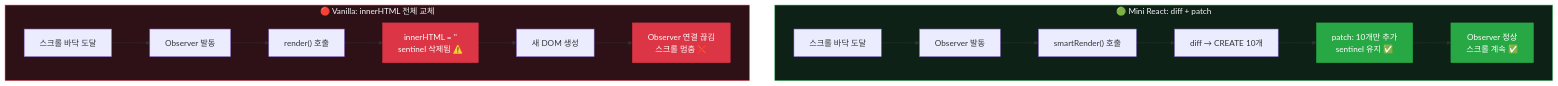
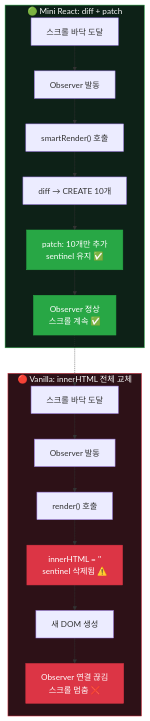
One commit to JYPark-Code/jungle_w4_react_vdom_diff changed the fifth of 5 diagrams in README.md. Above: the diagram before and after it, drawn with Mermaid. The commit also changed other lines of this file, not shown here.

````diff
--- a/README.md
+++ b/README.md
@@ -191,25 +191,27 @@
 ```mermaid
 graph TD
     subgraph VDOM["🟢 Mini React: diff + patch"]
         M1["스크롤 바닥 도달"] --> M2["Observer 발동"]
         M2 --> M3["smartRender() 호출"]
         M3 --> M4["diff → CREATE 10개"]
         M4 --> M5["patch: 10개만 추가<br/>sentinel 유지 ✅"]
         M5 --> M6["Observer 정상<br/>스크롤 계속 ✅"]
     end
+
+    M6 -.-> V1
 
     subgraph VANILLA["🔴 Vanilla: innerHTML 전체 교체"]
         V1["스크롤 바닥 도달"] --> V2["Observer 발동"]
         V2 --> V3["render() 호출"]
         V3 --> V4["innerHTML = ''<br/>sentinel 삭제됨 ⚠️"]
         V4 --> V5["새 DOM 생성"]
         V5 --> V6["Observer 연결 끊김<br/>스크롤 멈춤 ❌"]
     end
 
     style VANILLA fill:#2d1117,stroke:#dc3545,color:#f5f5f5
     style VDOM fill:#0d2117,stroke:#28a745,color:#f5f5f5
     style V4 fill:#dc3545,stroke:#dc3545,color:#fff
     style V6 fill:#dc3545,stroke:#dc3545,color:#fff
     style M5 fill:#28a745,stroke:#28a745,color:#fff
     style M6 fill:#28a745,stroke:#28a745,color:#fff
 ```
````
